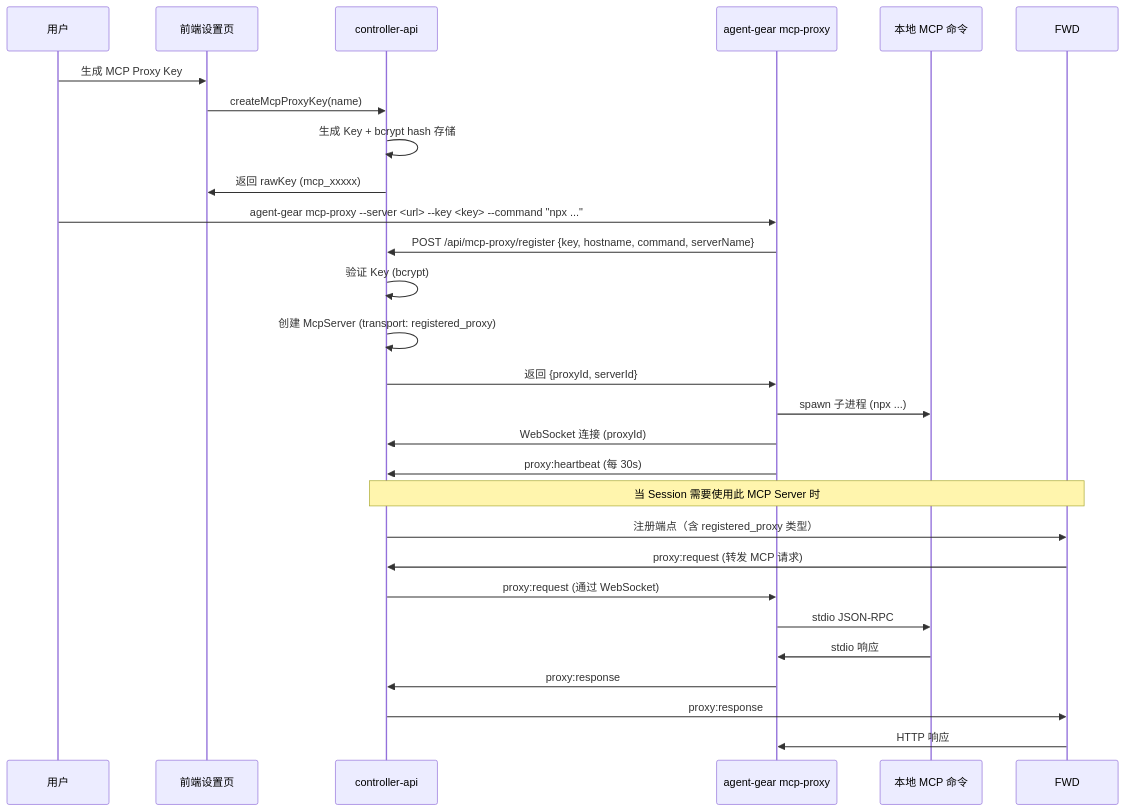
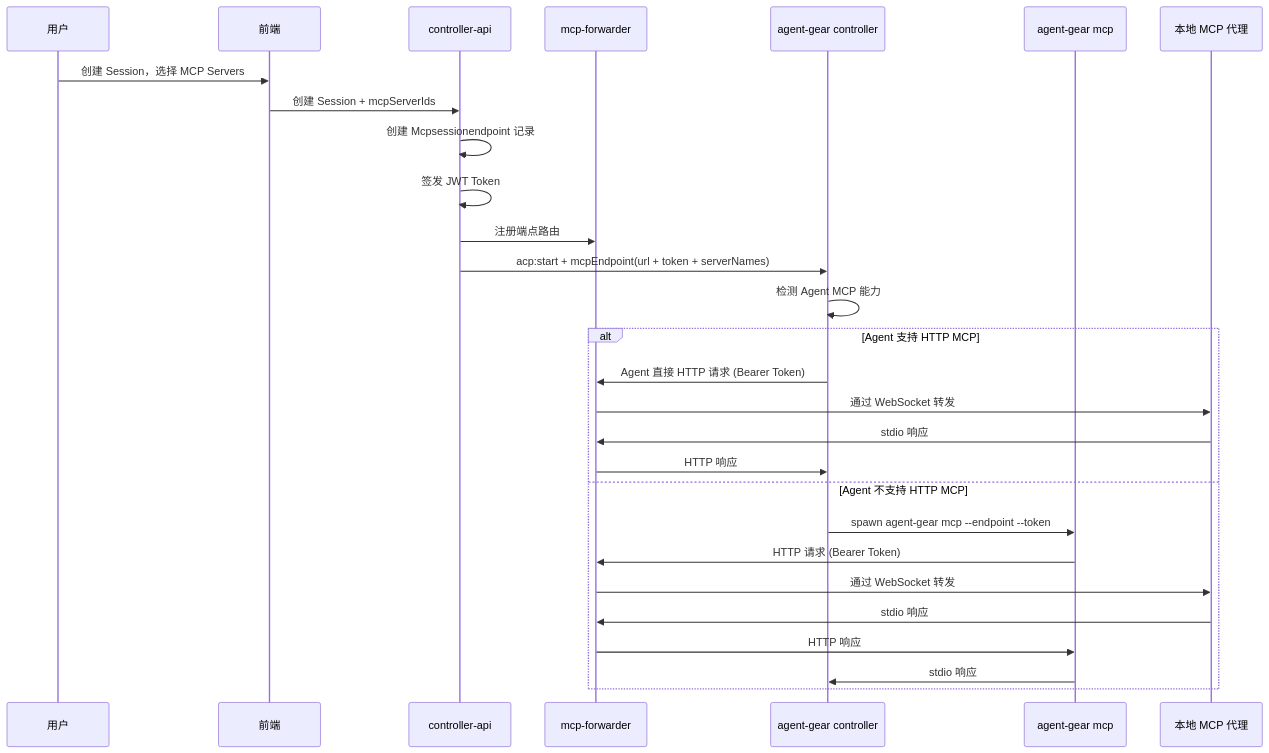
Before and after one commit to Deliay/z-agent-gear: the fourth of 5 diagrams in docs/engineering/proposals/20260530-feat-mcp-proxy-config.md, drawn with Mermaid. The commit also changed other lines of this file, not shown here.

````diff
--- a/docs/engineering/proposals/20260530-feat-mcp-proxy-config.md
+++ b/docs/engineering/proposals/20260530-feat-mcp-proxy-config.md
@@ -620,33 +509,34 @@
 ```mermaid
 sequenceDiagram
     participant U as 用户
-    participant UI as 前端设置页
+    participant FE as 前端
     participant CAPI as controller-api
-    participant CTRL as agent-gear mcp-proxy
-    participant CMD as 本地 MCP 命令
+    participant FWD as mcp-forwarder
+    participant CTRL as agent-gear controller
+    participant MCP代理 as agent-gear mcp
+    participant LOCAL as 本地 MCP 代理
 
-    U->>UI: 生成 MCP Proxy Key
-    UI->>CAPI: createMcpProxyKey(name)
-    CAPI->>CAPI: 生成 Key + bcrypt hash 存储
-    CAPI->>UI: 返回 rawKey (mcp_xxxxx)
+    U->>FE: 创建 Session，选择 MCP Servers
+    FE->>CAPI: 创建 Session + mcpServerIds
 
-    U->>CTRL: agent-gear mcp-proxy --server <url> --key <key> --command "npx ..."
-    CTRL->>CAPI: POST /api/mcp-proxy/register {key, hostname, command, serverName}
-    CAPI->>CAPI: 验证 Key (bcrypt)
-    CAPI->>CAPI: 创建 McpServer (transport: registered_proxy)
-    CAPI->>CTRL: 返回 {proxyId, serverId}
+    CAPI->>CAPI: 创建 Mcpsessionendpoint 记录
+    CAPI->>CAPI: 签发 JWT Token
+    CAPI->>FWD: 注册端点路由
+    CAPI->>CTRL: acp:start + mcpEndpoint(url + token + serverNames)
 
-    CTRL->>CMD: spawn 子进程 (npx ...)
-    CTRL->>CAPI: WebSocket 连接 (proxyId)
-    CTRL->>CAPI: proxy:heartbeat (每 30s)
+    CTRL->>CTRL: 检测 Agent MCP 能力
 
-    Note over CAPI,FWD: 当 Session 需要使用此 MCP Server 时
-    CAPI->>FWD: 注册端点（含 registered_proxy 类型）
-    FWD->>CAPI: proxy:request (转发 MCP 请求)
-    CAPI->>CTRL: proxy:request (通过 WebSocket)
-    CTRL->>CMD: stdio JSON-RPC
-    CMD->>CTRL: stdio 响应
-    CTRL->>CAPI: proxy:response
-    CAPI->>FWD: proxy:response
-    FWD->>CTRL: HTTP 响应
+    alt Agent 支持 HTTP MCP
+        CTRL->>FWD: Agent 直接 HTTP 请求 (Bearer Token)
+        FWD->>LOCAL: 通过 WebSocket 转发
+        LOCAL->>FWD: stdio 响应
+        FWD->>CTRL: HTTP 响应
+    else Agent 不支持 HTTP MCP
+        CTRL->>MCP代理: spawn agent-gear mcp --endpoint --token
+        MCP代理->>FWD: HTTP 请求 (Bearer Token)
+        FWD->>LOCAL: 通过 WebSocket 转发
+        LOCAL->>FWD: stdio 响应
+        FWD->>MCP代理: HTTP 响应
+        MCP代理->>CTRL: stdio 响应
+    end
 ```
````
